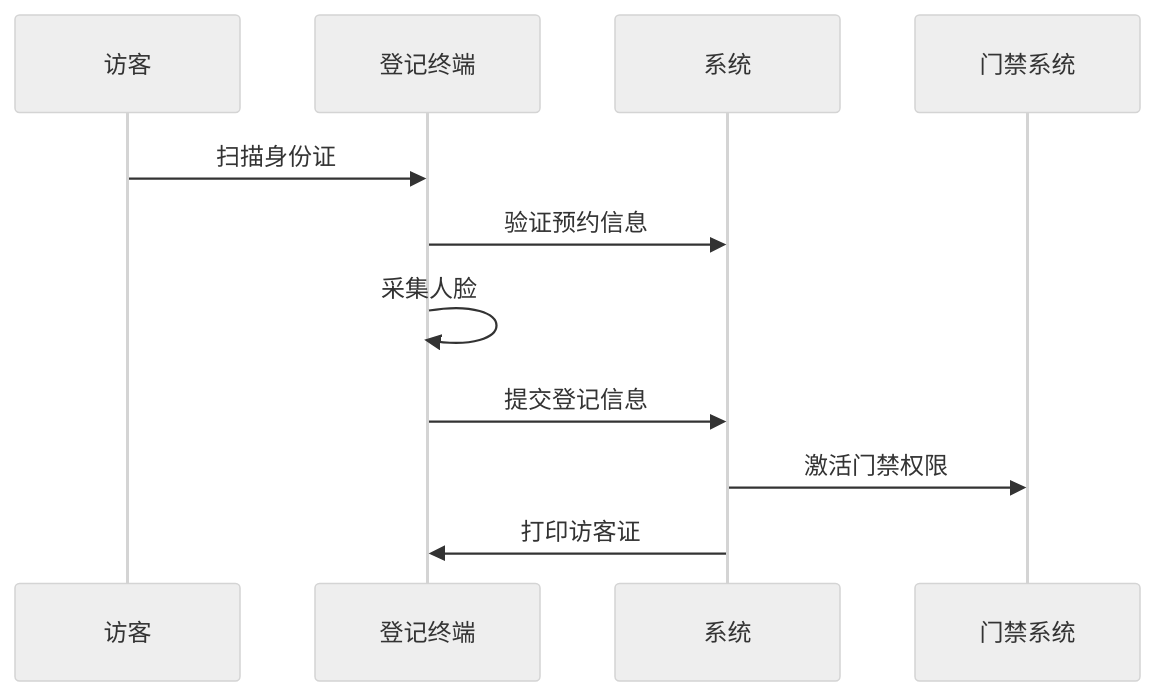
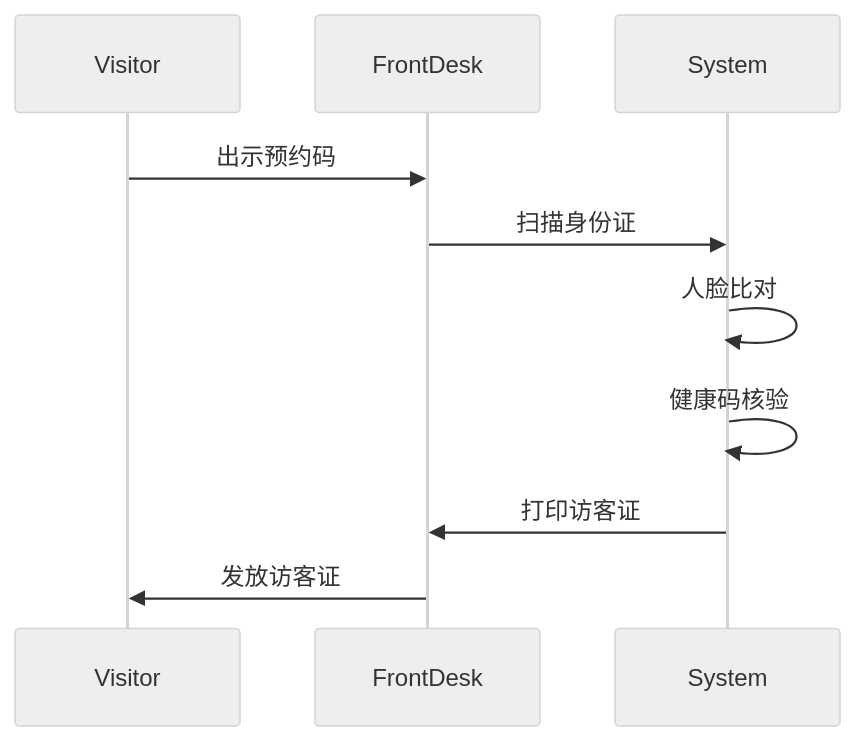
One commit to yuhaibao39/n8ndeploy changed the third of 3 diagrams in devel/outlinedesign.md. Above: the diagram before and after it, drawn with Mermaid (neutral theme). The commit also changed other lines of this file, not shown here.

````diff
--- a/devel/outlinedesign.md
+++ b/devel/outlinedesign.md
@@ -97,14 +91,13 @@
 ```mermaid
 sequenceDiagram
-    participant V as 访客
-    participant K as 登记终端
-    participant S as 系统
-    participant A as 门禁系统
+    participant V as Visitor
+    participant F as FrontDesk
+    participant S as System
     
-    V->>K: 扫描身份证
-    K->>S: 验证预约信息
-    K->>K: 采集人脸
-    K->>S: 提交登记信息
-    S->>A: 激活门禁权限
-    S->>K: 打印访客证
+    V->>F: 出示预约码
+    F->>S: 扫描身份证
+    S->>S: 人脸比对
+    S->>S: 健康码核验
+    S->>F: 打印访客证
+    F->>V: 发放访客证
 ```
````
